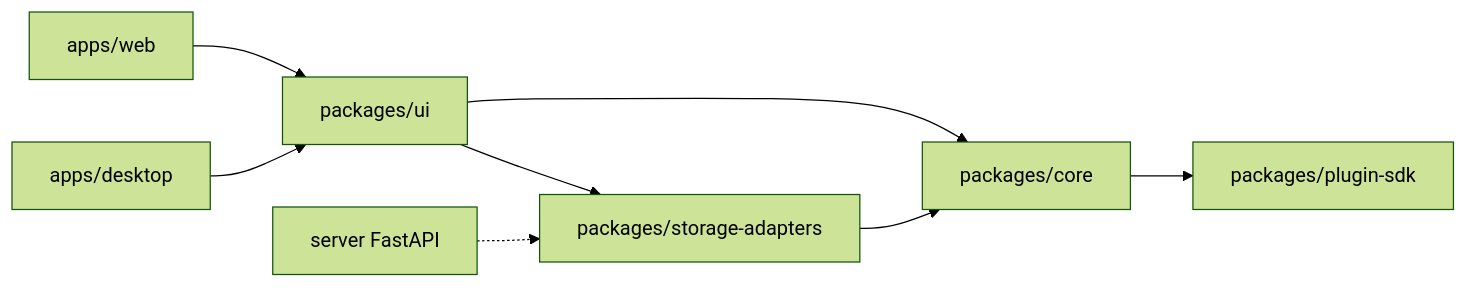
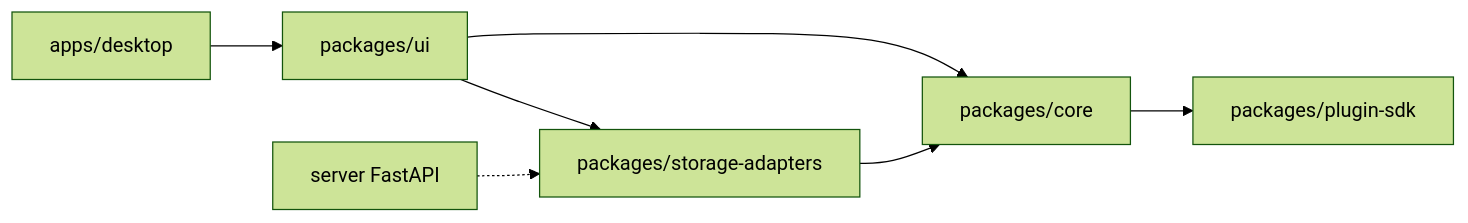
One commit to nine-waited/boke changed the diagram in docs/architecture.md. Above: the diagram before and after it, drawn with Mermaid (forest theme). The commit also changed other lines of this file and 32 other files, not shown here.

First line of the commit message:
Refocus v0.1 on desktop app with local folders and cloud REST storage.

````diff
--- a/docs/architecture.md
+++ b/docs/architecture.md
@@ -7,10 +7,9 @@
 ```mermaid
 flowchart LR
-  Web[apps/web] --> UI[packages/ui]
-  Desktop[apps/desktop] --> UI
+  Desktop[apps/desktop] --> UI[packages/ui]
   UI --> Core[packages/core]
   UI --> Adapters[packages/storage-adapters]
   Core --> SDK[packages/plugin-sdk]
   Adapters --> Core
-  Remote[server FastAPI] -.-> Adapters
+  Cloud[server FastAPI] -.-> Adapters
 ```
````
